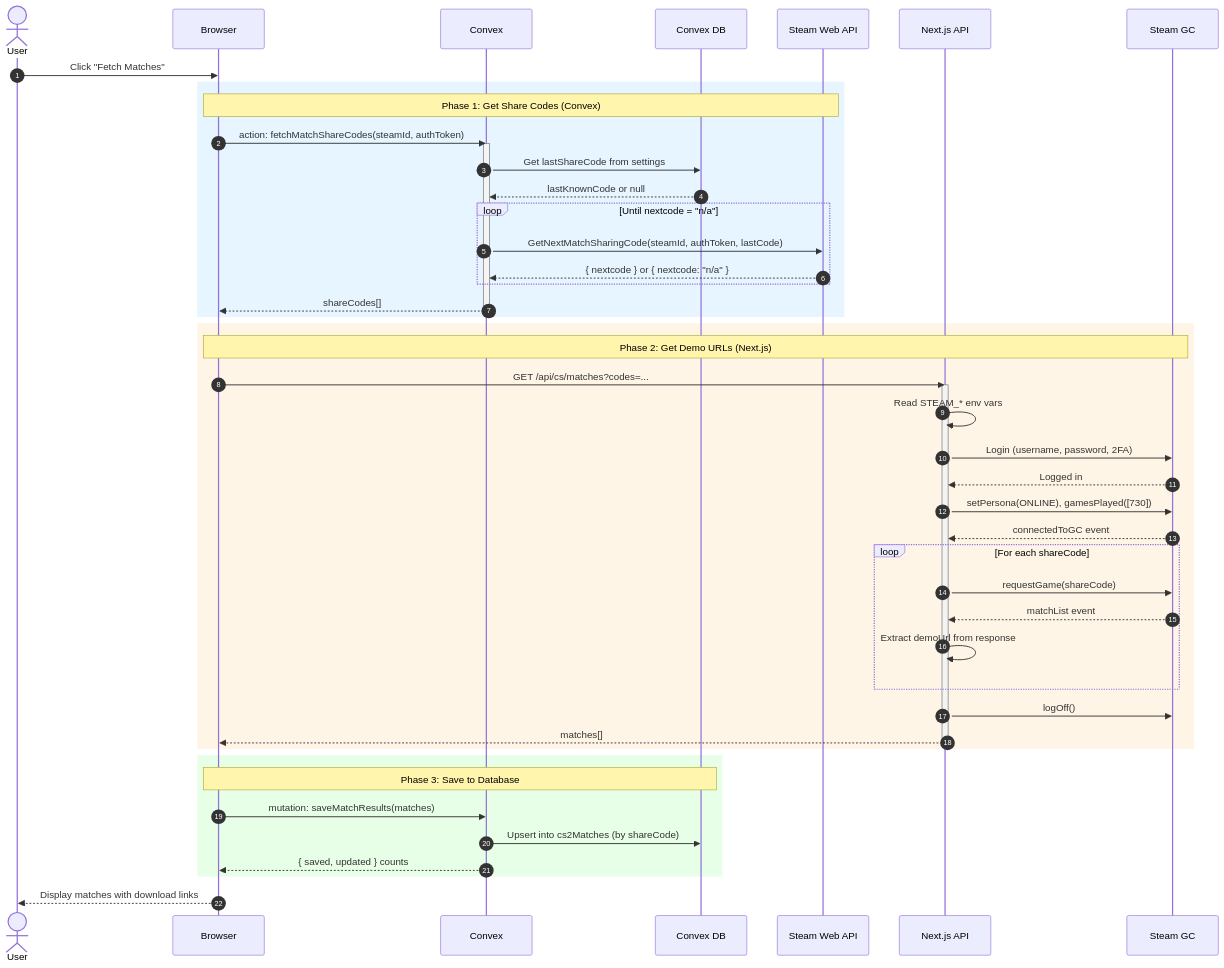
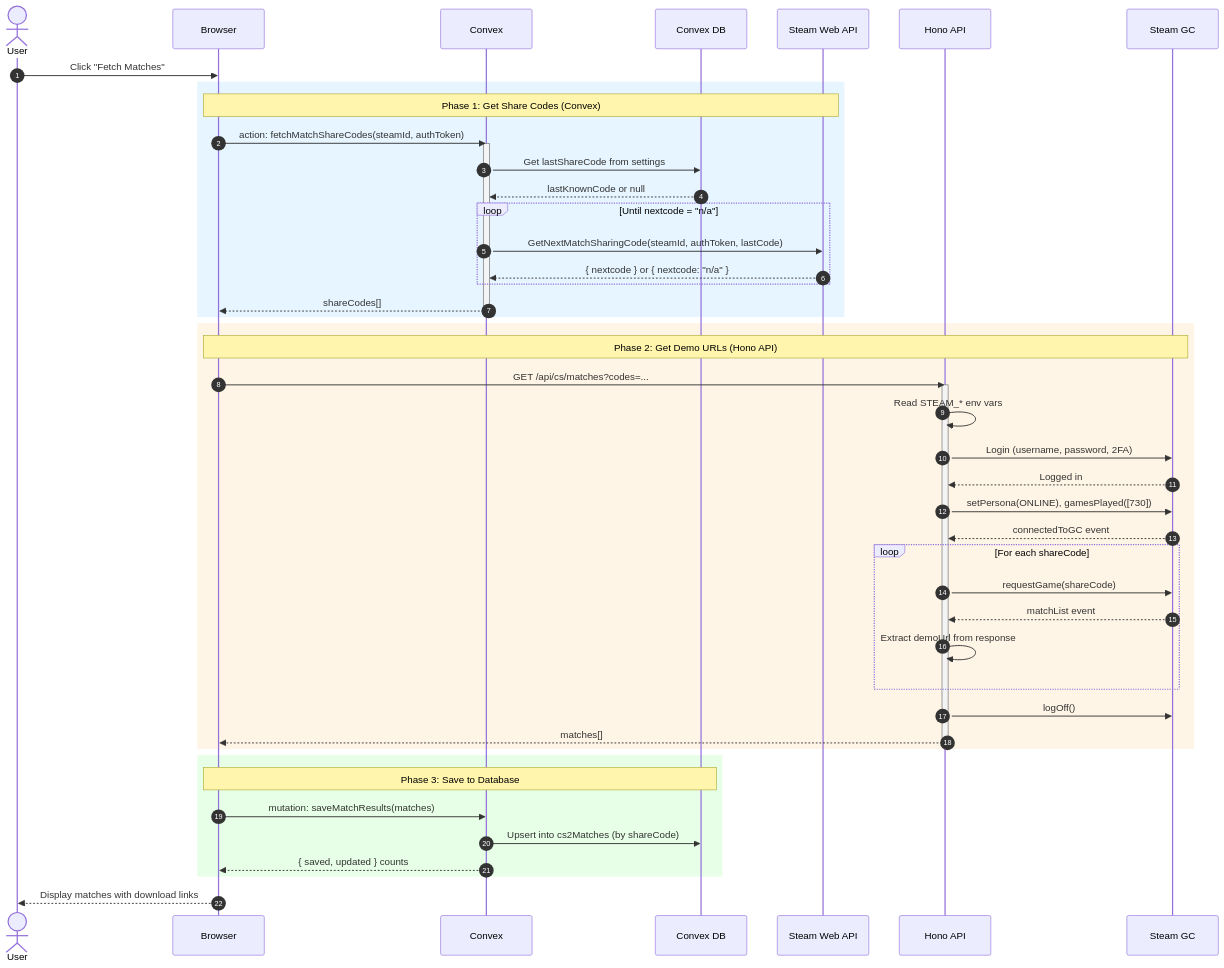
One commit to CarlosBueno99/bueno changed diagram 12 of 25 in README.md. Above: the diagram before and after it, drawn with Mermaid. The commit also changed other lines of this file and 31 other files, not shown here.

````diff
--- a/README.md
+++ b/README.md
@@ -628,62 +668,62 @@
 ```mermaid
 sequenceDiagram
     autonumber
     actor User
     participant Browser
     participant Convex
     participant DB as Convex DB
     participant SteamWeb as Steam Web API
-    participant NextJS as Next.js API
+    participant Hono as Hono API
     participant SteamGC as Steam GC
 
     User->>Browser: Click "Fetch Matches"
 
     rect rgb(230, 245, 255)
         Note over Browser,SteamWeb: Phase 1: Get Share Codes (Convex)
         Browser->>Convex: action: fetchMatchShareCodes(steamId, authToken)
         activate Convex
 
         Convex->>DB: Get lastShareCode from settings
         DB-->>Convex: lastKnownCode or null
 
         loop Until nextcode = "n/a"
             Convex->>SteamWeb: GetNextMatchSharingCode(steamId, authToken, lastCode)
             SteamWeb-->>Convex: { nextcode } or { nextcode: "n/a" }
         end
 
         Convex-->>Browser: shareCodes[]
         deactivate Convex
     end
 
     rect rgb(255, 245, 230)
-        Note over Browser,SteamGC: Phase 2: Get Demo URLs (Next.js)
-        Browser->>NextJS: GET /api/cs/matches?codes=...
-        activate NextJS
+        Note over Browser,SteamGC: Phase 2: Get Demo URLs (Hono API)
+        Browser->>Hono: GET /api/cs/matches?codes=...
+        activate Hono
 
-        NextJS->>NextJS: Read STEAM_* env vars
-        NextJS->>SteamGC: Login (username, password, 2FA)
-        SteamGC-->>NextJS: Logged in
+        Hono->>Hono: Read STEAM_* env vars
+        Hono->>SteamGC: Login (username, password, 2FA)
+        SteamGC-->>Hono: Logged in
 
-        NextJS->>SteamGC: setPersona(ONLINE), gamesPlayed([730])
-        SteamGC-->>NextJS: connectedToGC event
+        Hono->>SteamGC: setPersona(ONLINE), gamesPlayed([730])
+        SteamGC-->>Hono: connectedToGC event
 
         loop For each shareCode
-            NextJS->>SteamGC: requestGame(shareCode)
-            SteamGC-->>NextJS: matchList event
-            NextJS->>NextJS: Extract demoUrl from response
+            Hono->>SteamGC: requestGame(shareCode)
+            SteamGC-->>Hono: matchList event
+            Hono->>Hono: Extract demoUrl from response
         end
 
-        NextJS->>SteamGC: logOff()
-        NextJS-->>Browser: matches[]
-        deactivate NextJS
+        Hono->>SteamGC: logOff()
+        Hono-->>Browser: matches[]
+        deactivate Hono
     end
 
     rect rgb(230, 255, 230)
         Note over Browser,DB: Phase 3: Save to Database
         Browser->>Convex: mutation: saveMatchResults(matches)
         Convex->>DB: Upsert into cs2Matches (by shareCode)
         Convex-->>Browser: { saved, updated } counts
     end
 
     Browser-->>User: Display matches with download links
 ```
````
